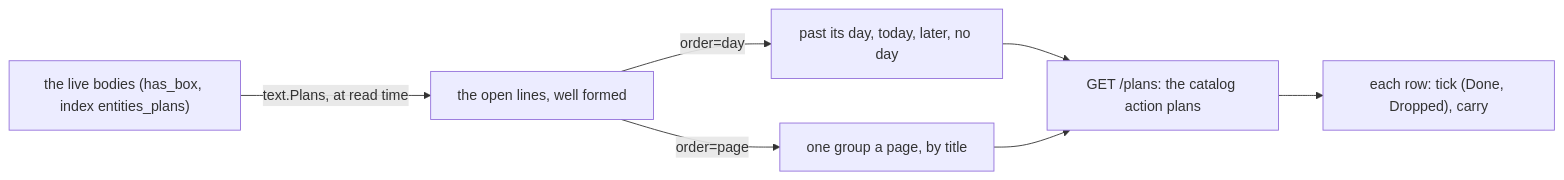
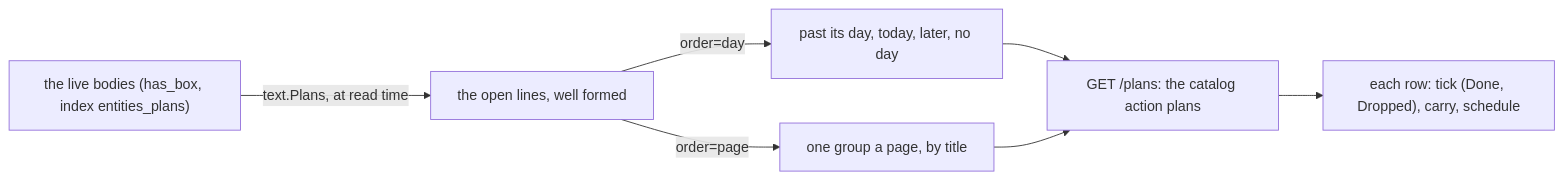
Before and after one commit to alexradunet/lifelogdb: the first of 2 diagrams in docs/plans/140-the-plans-page.md, drawn with Mermaid. The commit also changed other lines of this file, not shown here.

First line of the commit message:
plan 140: add schedule, the action that changes the dates of a line (owner, 2026-10-20)

````diff
--- a/docs/plans/140-the-plans-page.md
+++ b/docs/plans/140-the-plans-page.md
@@ -31,9 +32,9 @@
 ```mermaid
 flowchart LR
   B["the live bodies (has_box, index entities_plans)"] -->|"text.Plans, at read time"| O["the open lines, well formed"]
   O -->|"order=day"| D["past its day, today, later, no day"]
   O -->|"order=page"| P["one group a page, by title"]
   D --> V["GET /plans: the catalog action plans"]
   P --> V
-  V --> R["each row: tick (Done, Dropped), carry"]
+  V --> R["each row: tick (Done, Dropped), carry, schedule"]
 ```
````
